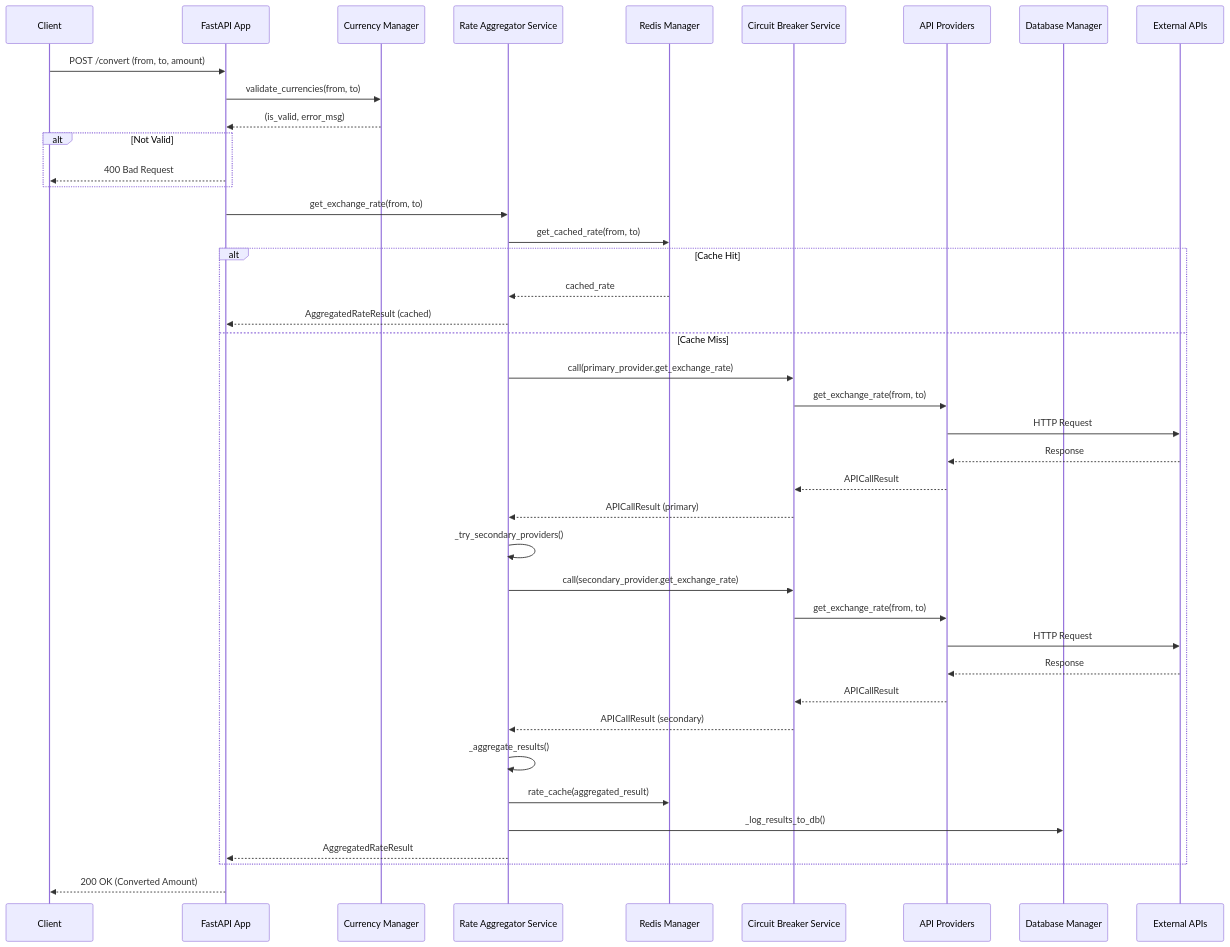
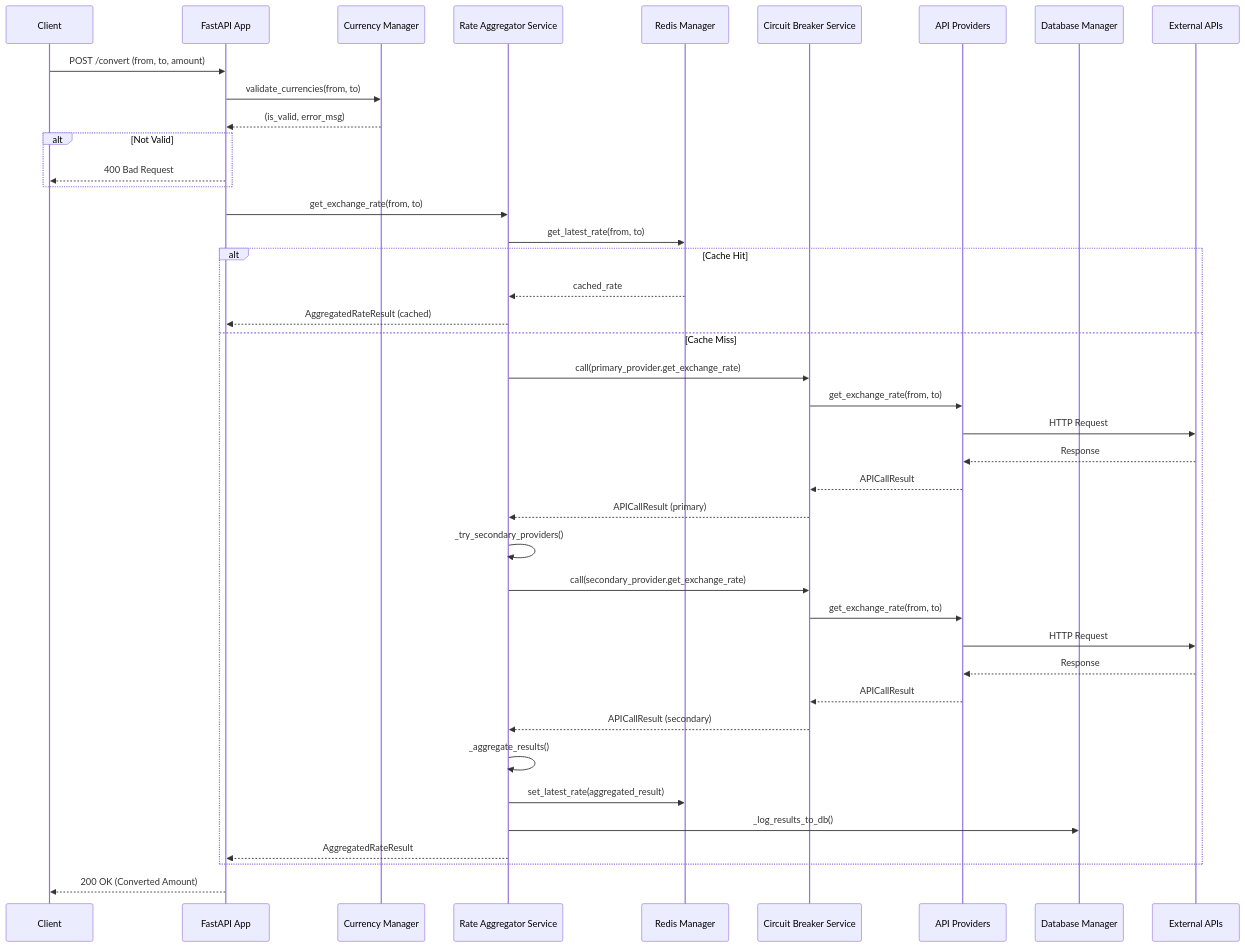
The second of 2 diagrams in README.md (DanielPopoola/currency_converter), drawn with Mermaid before and after one commit. The commit also changed 2 other files, not shown here.

Commit message:
refactored old function calls

````diff
--- a/README.md
+++ b/README.md
@@ -72,44 +72,44 @@
 ```mermaid
 sequenceDiagram
     participant C as Client
     participant F as FastAPI App
     participant CM as Currency Manager
     participant RA as Rate Aggregator Service
     participant RM as Redis Manager
     participant CB as Circuit Breaker Service
     participant AP as API Providers
     participant DB as Database Manager
     participant EXT as External APIs
 
     C->>F: POST /convert (from, to, amount)
     F->>CM: validate_currencies(from, to)
     CM-->>F: (is_valid, error_msg)
     alt Not Valid
         F-->>C: 400 Bad Request
     end
     F->>RA: get_exchange_rate(from, to)
-    RA->>RM: get_cached_rate(from, to)
+    RA->>RM: get_latest_rate(from, to)
     alt Cache Hit
         RM-->>RA: cached_rate
         RA-->>F: AggregatedRateResult (cached)
     else Cache Miss
         RA->>CB: call(primary_provider.get_exchange_rate)
         CB->>AP: get_exchange_rate(from, to)
         AP->>EXT: HTTP Request
         EXT-->>AP: Response
         AP-->>CB: APICallResult
         CB-->>RA: APICallResult (primary)
         RA->>RA: _try_secondary_providers()
         RA->>CB: call(secondary_provider.get_exchange_rate)
         CB->>AP: get_exchange_rate(from, to)
         AP->>EXT: HTTP Request
         EXT-->>AP: Response
         AP-->>CB: APICallResult
         CB-->>RA: APICallResult (secondary)
         RA->>RA: _aggregate_results()
-        RA->>RM: rate_cache(aggregated_result)
+        RA->>RM: set_latest_rate(aggregated_result)
         RA->>DB: _log_results_to_db()
         RA-->>F: AggregatedRateResult
     end
     F-->>C: 200 OK (Converted Amount)
 ```
````
